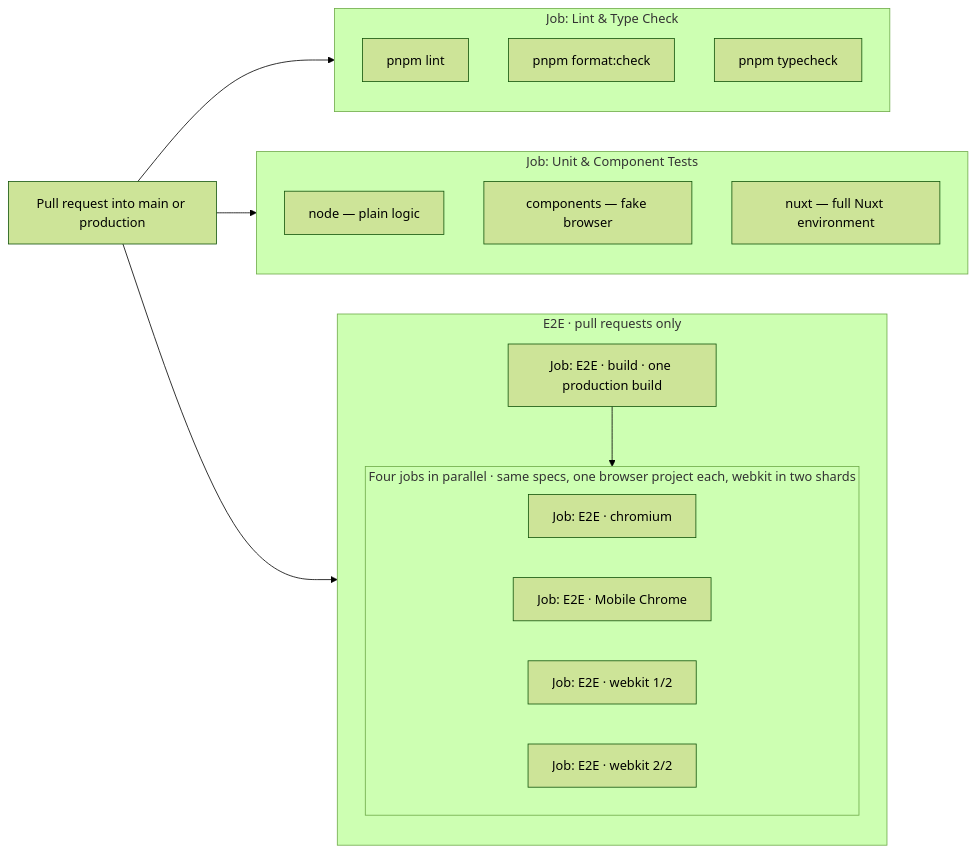
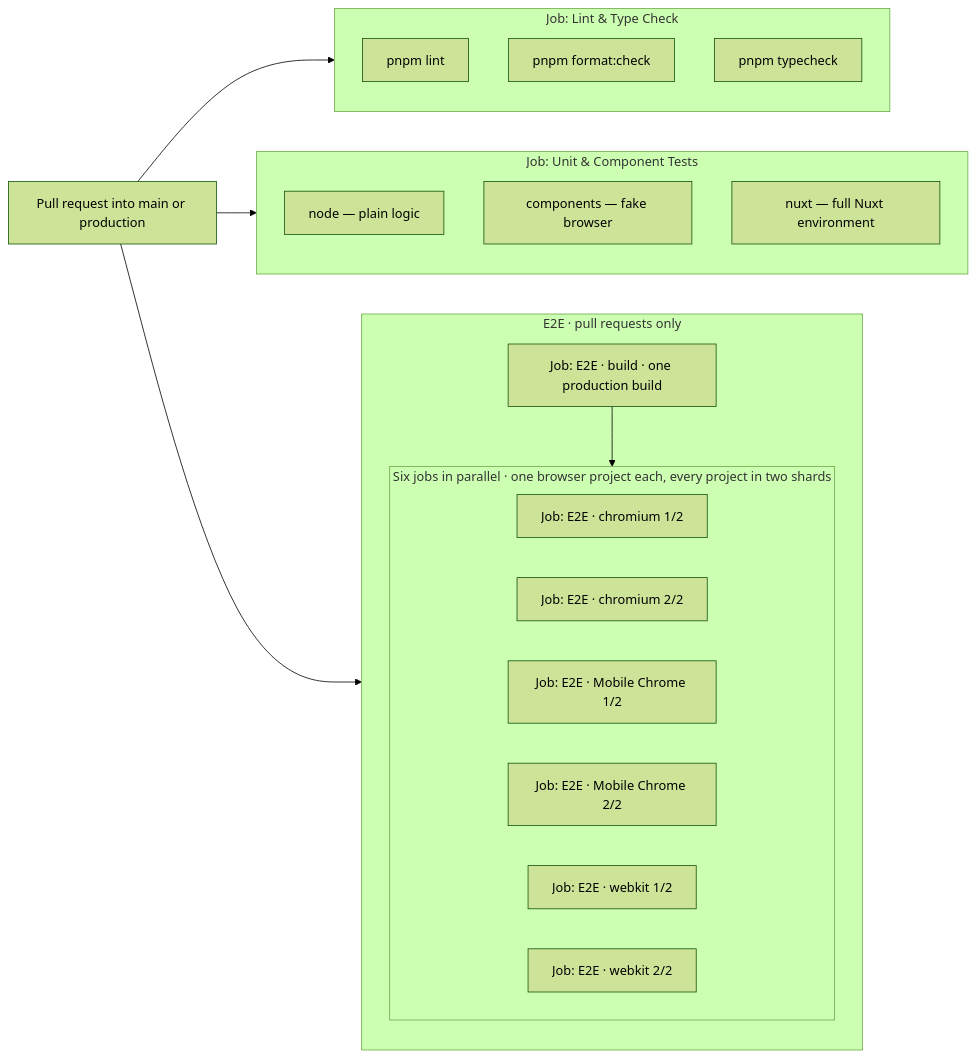
Before and after one commit to geins-io/sales-portal: the first of 6 diagrams in docs/test-layers.md, drawn with Mermaid (forest theme). The commit also changed other lines of this file and 4 other files, not shown here.

Commit message:
ci(e2e): run chromium and mobile chrome as two shards each

````diff
--- a/docs/test-layers.md
+++ b/docs/test-layers.md
@@ -14,35 +14,37 @@
 ```mermaid
 flowchart LR
     PR["Pull request into main or production"] --> LINT
     PR --> UNIT
     PR --> E2E
 
     subgraph LINT["Job: Lint &amp; Type Check"]
         direction TB
         L1["pnpm lint"]
         L2["pnpm format:check"]
         L3["pnpm typecheck"]
     end
 
     subgraph UNIT["Job: Unit &amp; Component Tests"]
         direction TB
         U1["node — plain logic"]
         U2["components — fake browser"]
         U3["nuxt — full Nuxt environment"]
     end
 
     subgraph E2E["E2E · pull requests only"]
         direction TB
         BUILD["Job: E2E · build · one production build"]
 
-        subgraph LEGS["Four jobs in parallel · same specs, one browser project each, webkit in two shards"]
+        subgraph LEGS["Six jobs in parallel · one browser project each, every project in two shards"]
             direction LR
-            B1["Job: E2E · chromium"]
-            B2["Job: E2E · Mobile Chrome"]
-            B3["Job: E2E · webkit 1/2"]
-            B4["Job: E2E · webkit 2/2"]
+            B1["Job: E2E · chromium 1/2"]
+            B2["Job: E2E · chromium 2/2"]
+            B3["Job: E2E · Mobile Chrome 1/2"]
+            B4["Job: E2E · Mobile Chrome 2/2"]
+            B5["Job: E2E · webkit 1/2"]
+            B6["Job: E2E · webkit 2/2"]
         end
 
         BUILD --> LEGS
     end
 ```
````
